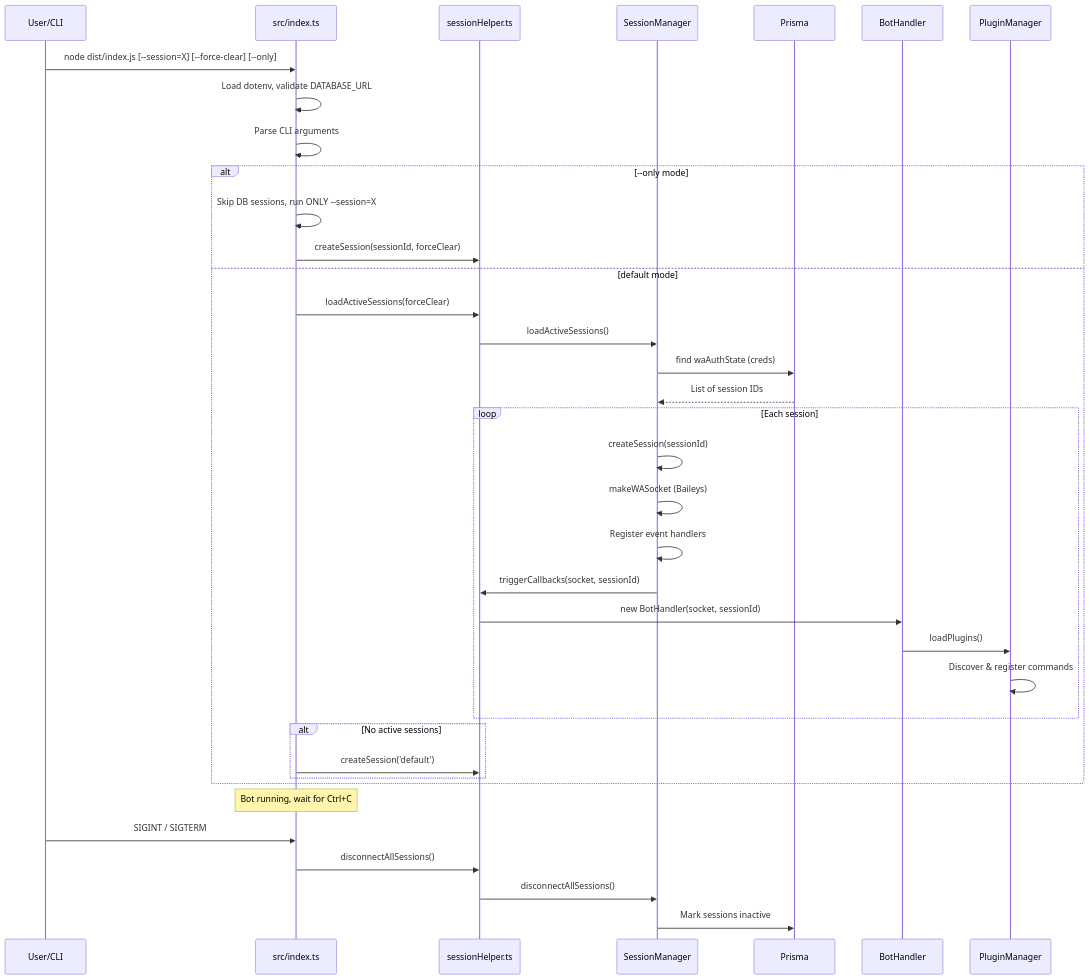
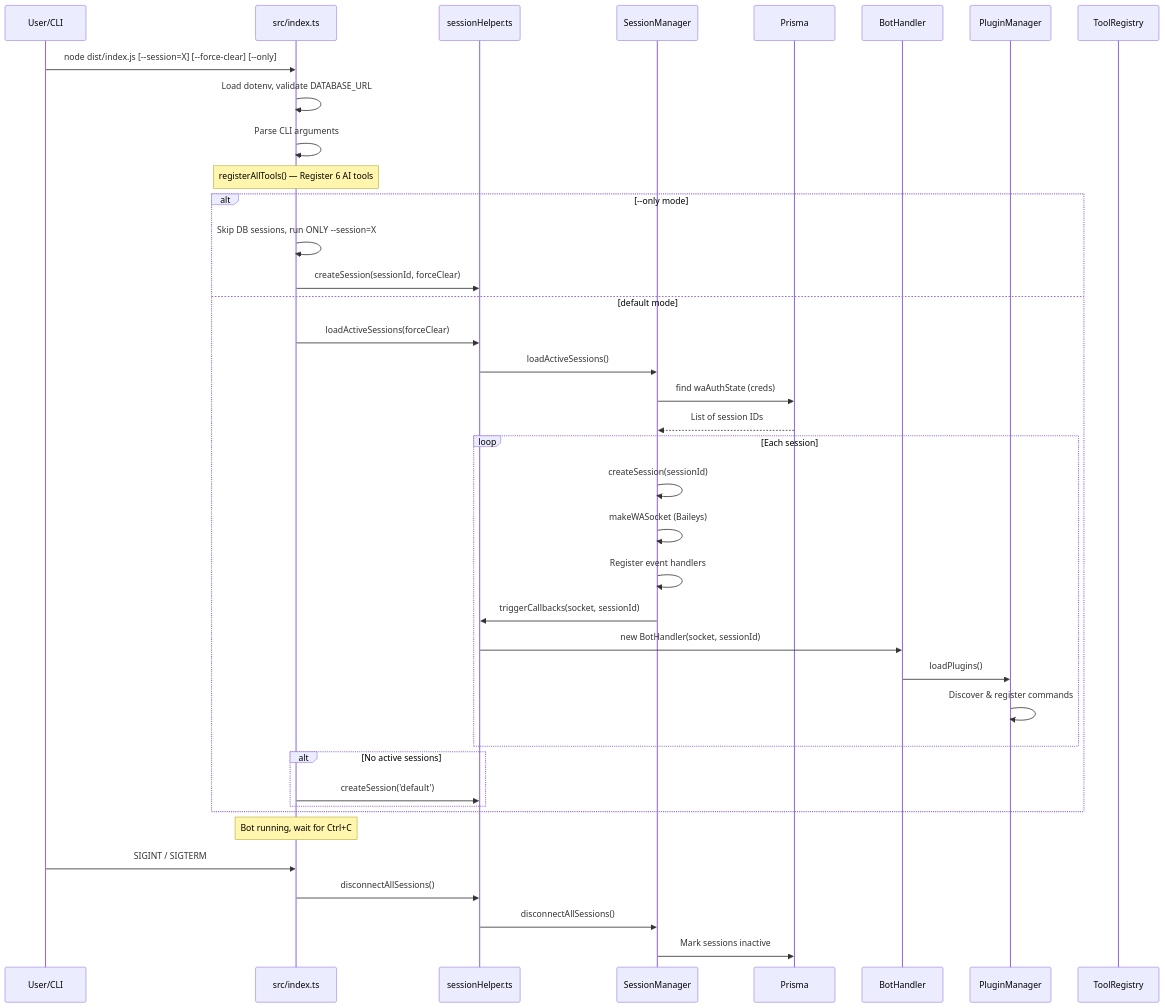
The second of 11 diagrams in plans/architecture-documentation.md (Maxorleans55/multi-bot), drawn with Mermaid before and after one commit. The commit also changed other lines of this file and 14 other files, not shown here.

````diff
--- a/plans/architecture-documentation.md
+++ b/plans/architecture-documentation.md
@@ -158,45 +183,48 @@
 ```mermaid
 sequenceDiagram
     participant U as User/CLI
     participant Entry as src/index.ts
     participant Helper as sessionHelper.ts
     participant SM as SessionManager
     participant PR as Prisma
     participant BH as BotHandler
     participant PM as PluginManager
+    participant Tools as ToolRegistry
 
     U->>Entry: node dist/index.js [--session=X] [--force-clear] [--only]
     
     Entry->>Entry: Load dotenv, validate DATABASE_URL
     Entry->>Entry: Parse CLI arguments
+    
+    Note over Entry: registerAllTools() — Register 6 AI tools
     
     alt --only mode
         Entry->>Entry: Skip DB sessions, run ONLY --session=X
         Entry->>Helper: createSession(sessionId, forceClear)
     else default mode
         Entry->>Helper: loadActiveSessions(forceClear)
         Helper->>SM: loadActiveSessions()
         SM->>PR: find waAuthState (creds)
         PR-->>SM: List of session IDs
         
         loop Each session
             SM->>SM: createSession(sessionId)
             SM->>SM: makeWASocket (Baileys)
             SM->>SM: Register event handlers
             SM->>Helper: triggerCallbacks(socket, sessionId)
             Helper->>BH: new BotHandler(socket, sessionId)
             BH->>PM: loadPlugins()
             PM->>PM: Discover & register commands
         end
         
         alt No active sessions
             Entry->>Helper: createSession('default')
         end
     end
     
     Note over Entry: Bot running, wait for Ctrl+C
     U->>Entry: SIGINT / SIGTERM
     Entry->>Helper: disconnectAllSessions()
     Helper->>SM: disconnectAllSessions()
     SM->>PR: Mark sessions inactive
 ```
````
